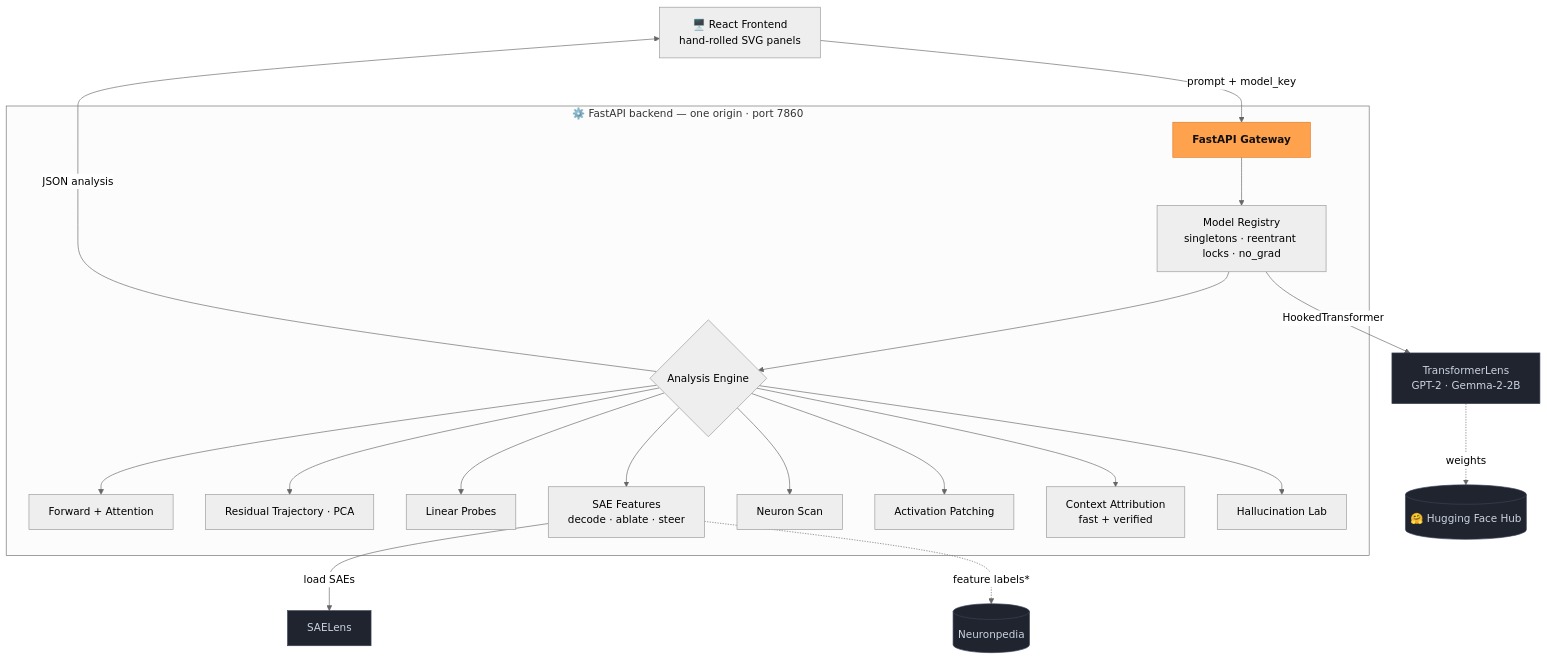
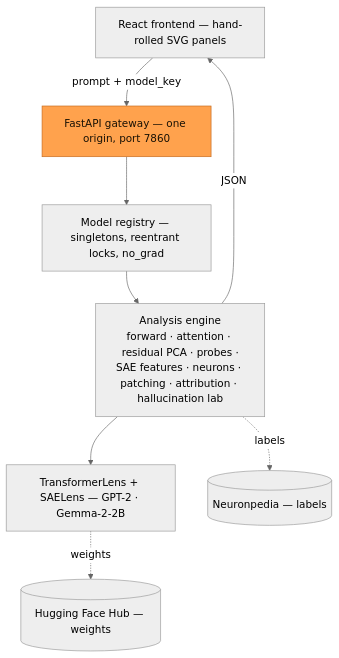
The first of 2 diagrams in README.md (santoshcheethiralame-dot/GlassBox), drawn with Mermaid (neutral theme) before and after one commit. The commit also changed other lines of this file, not shown here.

First line of the commit message:
README: drop HF front-matter from GitHub view, remove emoji headers, simplify diagrams

````diff
--- a/README.md
+++ b/README.md
@@ -79,29 +60,18 @@
 ```mermaid
 flowchart TD
-    UI["🖥️ React Frontend<br/>hand-rolled SVG panels"]
+    UI["React frontend — hand-rolled SVG panels"]
+    GW["FastAPI gateway — one origin, port 7860"]
+    REG["Model registry — singletons, reentrant locks, no_grad"]
+    ENG["Analysis engine<br/>forward · attention · residual PCA · probes ·<br/>SAE features · neurons · patching · attribution · hallucination lab"]
+    TL["TransformerLens + SAELens — GPT-2 · Gemma-2-2B"]
+    HF[("Hugging Face Hub — weights")]
+    NP[("Neuronpedia — labels")]
+
     UI -->|"prompt + model_key"| GW
-    ENG -->|"JSON analysis"| UI
+    GW --> REG --> ENG --> TL
+    ENG -->|"JSON"| UI
+    TL -. weights .-> HF
+    ENG -. labels .-> NP
 
-    subgraph BE["⚙️ FastAPI backend — one origin · port 7860"]
-        GW["FastAPI Gateway"] --> REG["Model Registry<br/>singletons · reentrant locks · no_grad"]
-        REG --> ENG{"Analysis Engine"}
-        ENG --> FWD["Forward + Attention"]
-        ENG --> RES["Residual Trajectory · PCA"]
-        ENG --> PRB["Linear Probes"]
-        ENG --> SAE["SAE Features<br/>decode · ablate · steer"]
-        ENG --> NEU["Neuron Scan"]
-        ENG --> PAT["Activation Patching"]
-        ENG --> ATT["Context Attribution<br/>fast + verified"]
-        ENG --> EXP["Hallucination Lab"]
-    end
-
-    REG -->|"HookedTransformer"| TL["TransformerLens<br/>GPT-2 · Gemma-2-2B"]
-    SAE -->|"load SAEs"| SL["SAELens"]
-    TL -.->|"weights"| HF[("🤗 Hugging Face Hub")]
-    SAE -.->|"feature labels*"| NP[("Neuronpedia")]
-
-    classDef accent fill:#ffa24d,stroke:#e07d28,color:#111,font-weight:bold
-    classDef ext fill:#20242e,stroke:#3a4358,color:#cbd3e1
-    class GW accent
-    class TL,SL,HF,NP ext
+    style GW fill:#ffa24d,stroke:#c46a1e,color:#1a1205
 ```
````
